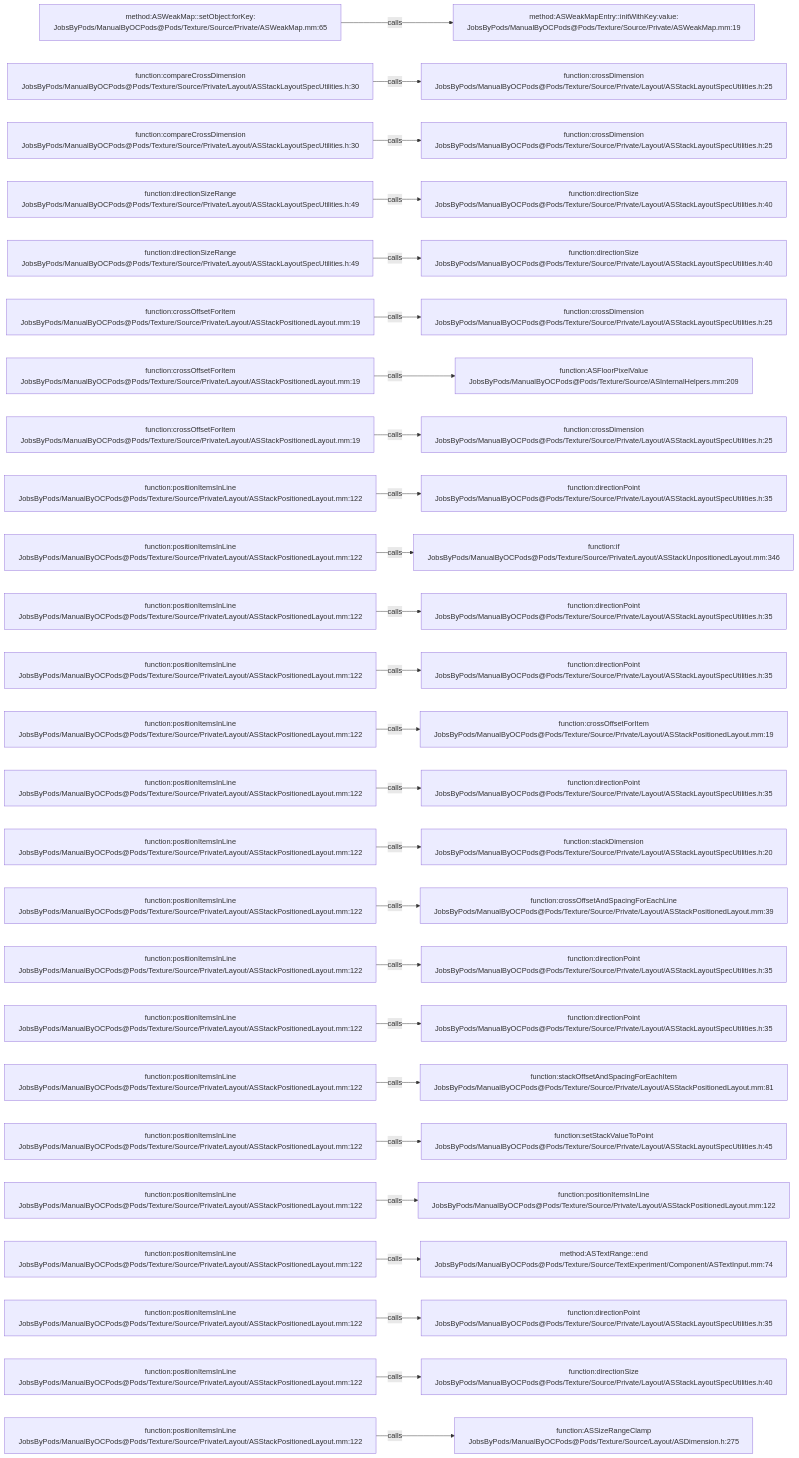
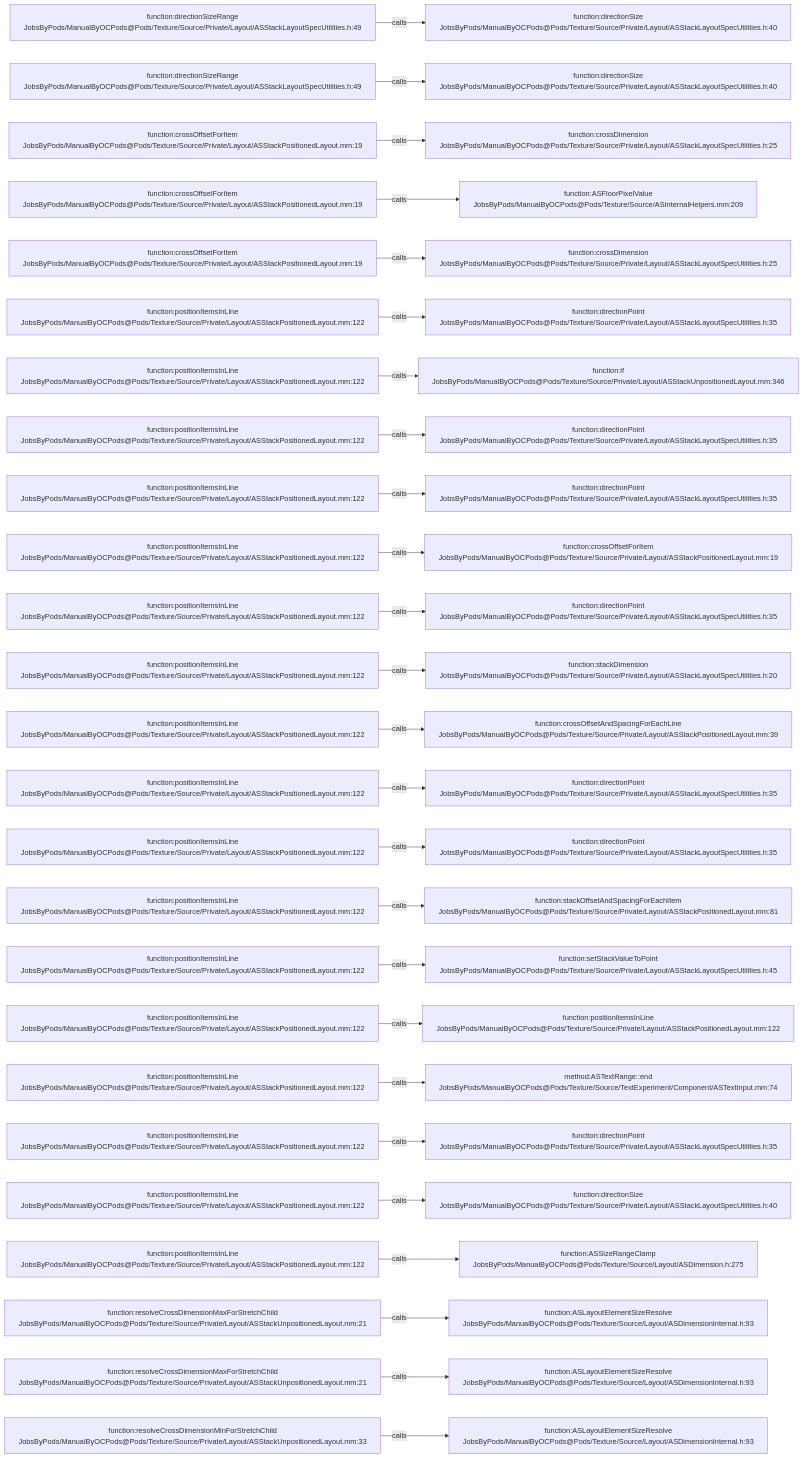
Before and after one commit to JobsKits/JobsOCBaseConfigDemo: the diagram in .codegraph/codegraph.md/graphs/calls-195.md, drawn with Mermaid. The commit also changed 342 other files, not shown here.

````diff
--- a/.codegraph/codegraph.md/graphs/calls-195.md
+++ b/.codegraph/codegraph.md/graphs/calls-195.md
@@ -13,78 +13,78 @@
 ```mermaid
 flowchart LR
-  S1["method:ASWeakMap::setObject:forKey:<br/>JobsByPods/ManualByOCPods@Pods/Texture/Source/Private/ASWeakMap.mm:65"]
-  T1["method:ASWeakMapEntry::initWithKey:value:<br/>JobsByPods/ManualByOCPods@Pods/Texture/Source/Private/ASWeakMap.mm:19"]
+  S1["function:directionSizeRange<br/>JobsByPods/ManualByOCPods@Pods/Texture/Source/Private/Layout/ASStackLayoutSpecUtilities.h:49"]
+  T1["function:directionSize<br/>JobsByPods/ManualByOCPods@Pods/Texture/Source/Private/Layout/ASStackLayoutSpecUtilities.h:40"]
   S1 -->|calls| T1
-  S2["function:compareCrossDimension<br/>JobsByPods/ManualByOCPods@Pods/Texture/Source/Private/Layout/ASStackLayoutSpecUtilities.h:30"]
-  T2["function:crossDimension<br/>JobsByPods/ManualByOCPods@Pods/Texture/Source/Private/Layout/ASStackLayoutSpecUtilities.h:25"]
+  S2["function:directionSizeRange<br/>JobsByPods/ManualByOCPods@Pods/Texture/Source/Private/Layout/ASStackLayoutSpecUtilities.h:49"]
+  T2["function:directionSize<br/>JobsByPods/ManualByOCPods@Pods/Texture/Source/Private/Layout/ASStackLayoutSpecUtilities.h:40"]
   S2 -->|calls| T2
-  S3["function:compareCrossDimension<br/>JobsByPods/ManualByOCPods@Pods/Texture/Source/Private/Layout/ASStackLayoutSpecUtilities.h:30"]
+  S3["function:crossOffsetForItem<br/>JobsByPods/ManualByOCPods@Pods/Texture/Source/Private/Layout/ASStackPositionedLayout.mm:19"]
   T3["function:crossDimension<br/>JobsByPods/ManualByOCPods@Pods/Texture/Source/Private/Layout/ASStackLayoutSpecUtilities.h:25"]
   S3 -->|calls| T3
-  S4["function:directionSizeRange<br/>JobsByPods/ManualByOCPods@Pods/Texture/Source/Private/Layout/ASStackLayoutSpecUtilities.h:49"]
-  T4["function:directionSize<br/>JobsByPods/ManualByOCPods@Pods/Texture/Source/Private/Layout/ASStackLayoutSpecUtilities.h:40"]
+  S4["function:crossOffsetForItem<br/>JobsByPods/ManualByOCPods@Pods/Texture/Source/Private/Layout/ASStackPositionedLayout.mm:19"]
+  T4["function:ASFloorPixelValue<br/>JobsByPods/ManualByOCPods@Pods/Texture/Source/ASInternalHelpers.mm:209"]
   S4 -->|calls| T4
-  S5["function:directionSizeRange<br/>JobsByPods/ManualByOCPods@Pods/Texture/Source/Private/Layout/ASStackLayoutSpecUtilities.h:49"]
-  T5["function:directionSize<br/>JobsByPods/ManualByOCPods@Pods/Texture/Source/Private/Layout/ASStackLayoutSpecUtilities.h:40"]
+  S5["function:crossOffsetForItem<br/>JobsByPods/ManualByOCPods@Pods/Texture/Source/Private/Layout/ASStackPositionedLayout.mm:19"]
+  T5["function:crossDimension<br/>JobsByPods/ManualByOCPods@Pods/Texture/Source/Private/Layout/ASStackLayoutSpecUtilities.h:25"]
   S5 -->|calls| T5
-  S6["function:crossOffsetForItem<br/>JobsByPods/ManualByOCPods@Pods/Texture/Source/Private/Layout/ASStackPositionedLayout.mm:19"]
-  T6["function:crossDimension<br/>JobsByPods/ManualByOCPods@Pods/Texture/Source/Private/Layout/ASStackLayoutSpecUtilities.h:25"]
+  S6["function:positionItemsInLine<br/>JobsByPods/ManualByOCPods@Pods/Texture/Source/Private/Layout/ASStackPositionedLayout.mm:122"]
+  T6["function:directionPoint<br/>JobsByPods/ManualByOCPods@Pods/Texture/Source/Private/Layout/ASStackLayoutSpecUtilities.h:35"]
   S6 -->|calls| T6
-  S7["function:crossOffsetForItem<br/>JobsByPods/ManualByOCPods@Pods/Texture/Source/Private/Layout/ASStackPositionedLayout.mm:19"]
-  T7["function:ASFloorPixelValue<br/>JobsByPods/ManualByOCPods@Pods/Texture/Source/ASInternalHelpers.mm:209"]
+  S7["function:positionItemsInLine<br/>JobsByPods/ManualByOCPods@Pods/Texture/Source/Private/Layout/ASStackPositionedLayout.mm:122"]
+  T7["function:if<br/>JobsByPods/ManualByOCPods@Pods/Texture/Source/Private/Layout/ASStackUnpositionedLayout.mm:346"]
   S7 -->|calls| T7
-  S8["function:crossOffsetForItem<br/>JobsByPods/ManualByOCPods@Pods/Texture/Source/Private/Layout/ASStackPositionedLayout.mm:19"]
-  T8["function:crossDimension<br/>JobsByPods/ManualByOCPods@Pods/Texture/Source/Private/Layout/ASStackLayoutSpecUtilities.h:25"]
+  S8["function:positionItemsInLine<br/>JobsByPods/ManualByOCPods@Pods/Texture/Source/Private/Layout/ASStackPositionedLayout.mm:122"]
+  T8["function:directionPoint<br/>JobsByPods/ManualByOCPods@Pods/Texture/Source/Private/Layout/ASStackLayoutSpecUtilities.h:35"]
   S8 -->|calls| T8
   S9["function:positionItemsInLine<br/>JobsByPods/ManualByOCPods@Pods/Texture/Source/Private/Layout/ASStackPositionedLayout.mm:122"]
   T9["function:directionPoint<br/>JobsByPods/ManualByOCPods@Pods/Texture/Source/Private/Layout/ASStackLayoutSpecUtilities.h:35"]
   S9 -->|calls| T9
   S10["function:positionItemsInLine<br/>JobsByPods/ManualByOCPods@Pods/Texture/Source/Private/Layout/ASStackPositionedLayout.mm:122"]
-  T10["function:if<br/>JobsByPods/ManualByOCPods@Pods/Texture/Source/Private/Layout/ASStackUnpositionedLayout.mm:346"]
+  T10["function:crossOffsetForItem<br/>JobsByPods/ManualByOCPods@Pods/Texture/Source/Private/Layout/ASStackPositionedLayout.mm:19"]
   S10 -->|calls| T10
   S11["function:positionItemsInLine<br/>JobsByPods/ManualByOCPods@Pods/Texture/Source/Private/Layout/ASStackPositionedLayout.mm:122"]
   T11["function:directionPoint<br/>JobsByPods/ManualByOCPods@Pods/Texture/Source/Private/Layout/ASStackLayoutSpecUtilities.h:35"]
   S11 -->|calls| T11
   S12["function:positionItemsInLine<br/>JobsByPods/ManualByOCPods@Pods/Texture/Source/Private/Layout/ASStackPositionedLayout.mm:122"]
-  T12["function:directionPoint<br/>JobsByPods/ManualByOCPods@Pods/Texture/Source/Private/Layout/ASStackLayoutSpecUtilities.h:35"]
+  T12["function:stackDimension<br/>JobsByPods/ManualByOCPods@Pods/Texture/Source/Private/Layout/ASStackLayoutSpecUtilities.h:20"]
   S12 -->|calls| T12
   S13["function:positionItemsInLine<br/>JobsByPods/ManualByOCPods@Pods/Texture/Source/Private/Layout/ASStackPositionedLayout.mm:122"]
-  T13["function:crossOffsetForItem<br/>JobsByPods/ManualByOCPods@Pods/Texture/Source/Private/Layout/ASStackPositionedLayout.mm:19"]
+  T13["function:crossOffsetAndSpacingForEachLine<br/>JobsByPods/ManualByOCPods@Pods/Texture/Source/Private/Layout/ASStackPositionedLayout.mm:39"]
   S13 -->|calls| T13
   S14["function:positionItemsInLine<br/>JobsByPods/ManualByOCPods@Pods/Texture/Source/Private/Layout/ASStackPositionedLayout.mm:122"]
   T14["function:directionPoint<br/>JobsByPods/ManualByOCPods@Pods/Texture/Source/Private/Layout/ASStackLayoutSpecUtilities.h:35"]
   S14 -->|calls| T14
   S15["function:positionItemsInLine<br/>JobsByPods/ManualByOCPods@Pods/Texture/Source/Private/Layout/ASStackPositionedLayout.mm:122"]
-  T15["function:stackDimension<br/>JobsByPods/ManualByOCPods@Pods/Texture/Source/Private/Layout/ASStackLayoutSpecUtilities.h:20"]
+  T15["function:directionPoint<br/>JobsByPods/ManualByOCPods@Pods/Texture/Source/Private/Layout/ASStackLayoutSpecUtilities.h:35"]
   S15 -->|calls| T15
   S16["function:positionItemsInLine<br/>JobsByPods/ManualByOCPods@Pods/Texture/Source/Private/Layout/ASStackPositionedLayout.mm:122"]
-  T16["function:crossOffsetAndSpacingForEachLine<br/>JobsByPods/ManualByOCPods@Pods/Texture/Source/Private/Layout/ASStackPositionedLayout.mm:39"]
+  T16["function:stackOffsetAndSpacingForEachItem<br/>JobsByPods/ManualByOCPods@Pods/Texture/Source/Private/Layout/ASStackPositionedLayout.mm:81"]
   S16 -->|calls| T16
   S17["function:positionItemsInLine<br/>JobsByPods/ManualByOCPods@Pods/Texture/Source/Private/Layout/ASStackPositionedLayout.mm:122"]
-  T17["function:directionPoint<br/>JobsByPods/ManualByOCPods@Pods/Texture/Source/Private/Layout/ASStackLayoutSpecUtilities.h:35"]
+  T17["function:setStackValueToPoint<br/>JobsByPods/ManualByOCPods@Pods/Texture/Source/Private/Layout/ASStackLayoutSpecUtilities.h:45"]
   S17 -->|calls| T17
   S18["function:positionItemsInLine<br/>JobsByPods/ManualByOCPods@Pods/Texture/Source/Private/Layout/ASStackPositionedLayout.mm:122"]
-  T18["function:directionPoint<br/>JobsByPods/ManualByOCPods@Pods/Texture/Source/Private/Layout/ASStackLayoutSpecUtilities.h:35"]
+  T18["function:positionItemsInLine<br/>JobsByPods/ManualByOCPods@Pods/Texture/Source/Private/Layout/ASStackPositionedLayout.mm:122"]
   S18 -->|calls| T18
   S19["function:positionItemsInLine<br/>JobsByPods/ManualByOCPods@Pods/Texture/Source/Private/Layout/ASStackPositionedLayout.mm:122"]
-  T19["function:stackOffsetAndSpacingForEachItem<br/>JobsByPods/ManualByOCPods@Pods/Texture/Source/Private/Layout/ASStackPositionedLayout.mm:81"]
+  T19["method:ASTextRange::end<br/>JobsByPods/ManualByOCPods@Pods/Texture/Source/TextExperiment/Component/ASTextInput.mm:74"]
   S19 -->|calls| T19
   S20["function:positionItemsInLine<br/>JobsByPods/ManualByOCPods@Pods/Texture/Source/Private/Layout/ASStackPositionedLayout.mm:122"]
-  T20["function:setStackValueToPoint<br/>JobsByPods/ManualByOCPods@Pods/Texture/Source/Private/Layout/ASStackLayoutSpecUtilities.h:45"]
+  T20["function:directionPoint<br/>JobsByPods/ManualByOCPods@Pods/Texture/Source/Private/Layout/ASStackLayoutSpecUtilities.h:35"]
   S20 -->|calls| T20
   S21["function:positionItemsInLine<br/>JobsByPods/ManualByOCPods@Pods/Texture/Source/Private/Layout/ASStackPositionedLayout.mm:122"]
-  T21["function:positionItemsInLine<br/>JobsByPods/ManualByOCPods@Pods/Texture/Source/Private/Layout/ASStackPositionedLayout.mm:122"]
+  T21["function:directionSize<br/>JobsByPods/ManualByOCPods@Pods/Texture/Source/Private/Layout/ASStackLayoutSpecUtilities.h:40"]
   S21 -->|calls| T21
   S22["function:positionItemsInLine<br/>JobsByPods/ManualByOCPods@Pods/Texture/Source/Private/Layout/ASStackPositionedLayout.mm:122"]
-  T22["method:ASTextRange::end<br/>JobsByPods/ManualByOCPods@Pods/Texture/Source/TextExperiment/Component/ASTextInput.mm:74"]
+  T22["function:ASSizeRangeClamp<br/>JobsByPods/ManualByOCPods@Pods/Texture/Source/Layout/ASDimension.h:275"]
   S22 -->|calls| T22
-  S23["function:positionItemsInLine<br/>JobsByPods/ManualByOCPods@Pods/Texture/Source/Private/Layout/ASStackPositionedLayout.mm:122"]
-  T23["function:directionPoint<br/>JobsByPods/ManualByOCPods@Pods/Texture/Source/Private/Layout/ASStackLayoutSpecUtilities.h:35"]
+  S23["function:resolveCrossDimensionMaxForStretchChild<br/>JobsByPods/ManualByOCPods@Pods/Texture/Source/Private/Layout/ASStackUnpositionedLayout.mm:21"]
+  T23["function:ASLayoutElementSizeResolve<br/>JobsByPods/ManualByOCPods@Pods/Texture/Source/Layout/ASDimensionInternal.h:93"]
   S23 -->|calls| T23
-  S24["function:positionItemsInLine<br/>JobsByPods/ManualByOCPods@Pods/Texture/Source/Private/Layout/ASStackPositionedLayout.mm:122"]
-  T24["function:directionSize<br/>JobsByPods/ManualByOCPods@Pods/Texture/Source/Private/Layout/ASStackLayoutSpecUtilities.h:40"]
+  S24["function:resolveCrossDimensionMaxForStretchChild<br/>JobsByPods/ManualByOCPods@Pods/Texture/Source/Private/Layout/ASStackUnpositionedLayout.mm:21"]
+  T24["function:ASLayoutElementSizeResolve<br/>JobsByPods/ManualByOCPods@Pods/Texture/Source/Layout/ASDimensionInternal.h:93"]
   S24 -->|calls| T24
-  S25["function:positionItemsInLine<br/>JobsByPods/ManualByOCPods@Pods/Texture/Source/Private/Layout/ASStackPositionedLayout.mm:122"]
-  T25["function:ASSizeRangeClamp<br/>JobsByPods/ManualByOCPods@Pods/Texture/Source/Layout/ASDimension.h:275"]
+  S25["function:resolveCrossDimensionMinForStretchChild<br/>JobsByPods/ManualByOCPods@Pods/Texture/Source/Private/Layout/ASStackUnpositionedLayout.mm:33"]
+  T25["function:ASLayoutElementSizeResolve<br/>JobsByPods/ManualByOCPods@Pods/Texture/Source/Layout/ASDimensionInternal.h:93"]
   S25 -->|calls| T25
 ```
````
